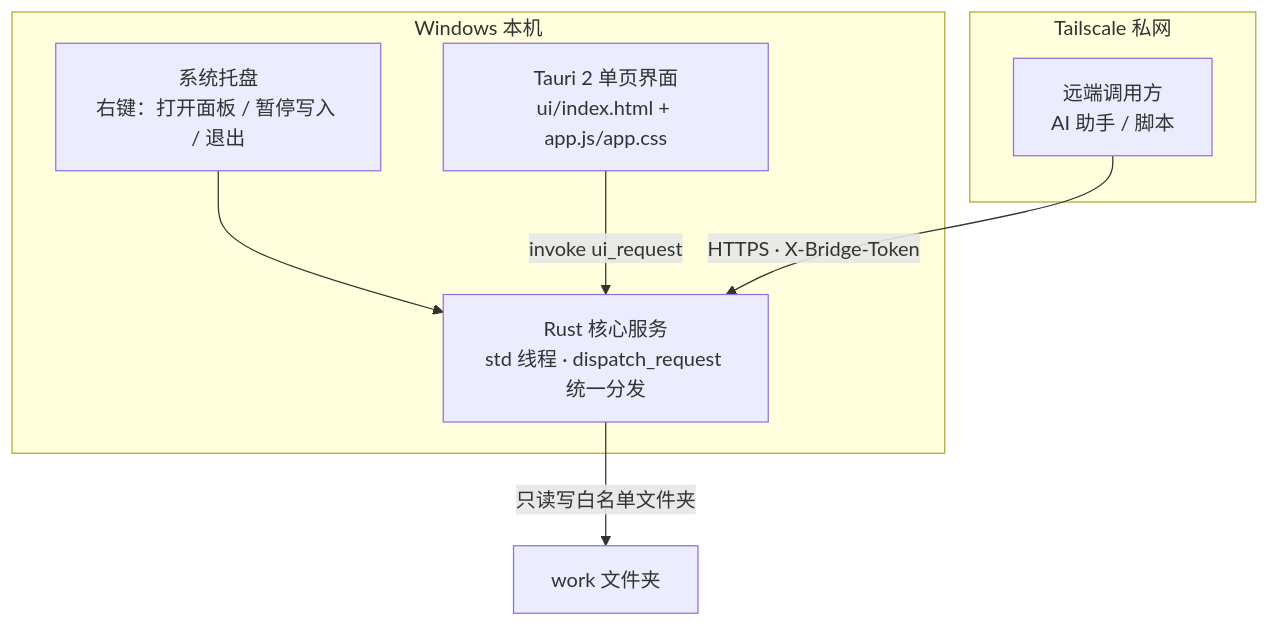
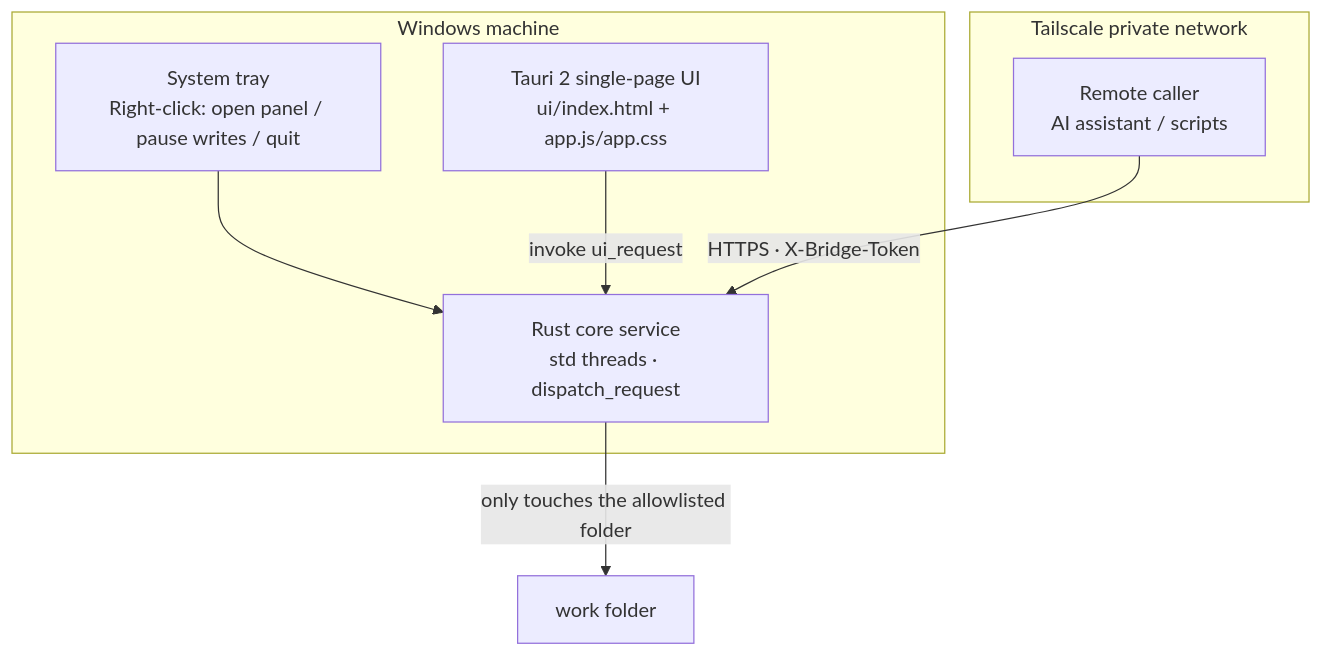
Before and after one commit to D-OneXXX/Pylon: the diagram in README.md, drawn with Mermaid. The commit also changed other lines of this file and 1 other file, not shown here.

````diff
--- a/README.md
+++ b/README.md
@@ -74,15 +78,15 @@
 ```mermaid
 flowchart TB
-    subgraph Local["Windows 本机"]
-        Tray["系统托盘<br/>右键：打开面板 / 暂停写入 / 退出"]
-        UI["Tauri 2 单页界面<br/>ui/index.html + app.js/app.css"]
-        Core["Rust 核心服务<br/>std 线程 · dispatch_request 统一分发"]
+    subgraph Local["Windows machine"]
+        Tray["System tray<br/>Right-click: open panel / pause writes / quit"]
+        UI["Tauri 2 single-page UI<br/>ui/index.html + app.js/app.css"]
+        Core["Rust core service<br/>std threads · dispatch_request"]
         Tray --> Core
         UI -->|invoke ui_request| Core
     end
-    subgraph Net["Tailscale 私网"]
-        Remote["远端调用方<br/>AI 助手 / 脚本"]
+    subgraph Net["Tailscale private network"]
+        Remote["Remote caller<br/>AI assistant / scripts"]
     end
     Remote -->|HTTPS · X-Bridge-Token| Core
-    Core -->|只读写白名单文件夹| FS["work 文件夹"]
+    Core -->|only touches the allowlisted folder| FS["work folder"]
 ```
````
